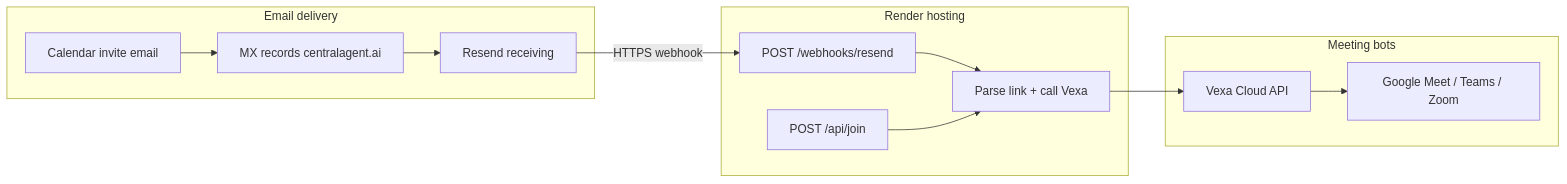
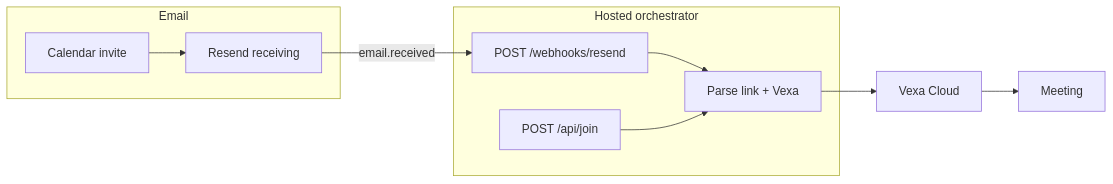
One commit to renfrrd-ai/central-agent-meeting-bot changed the second of 2 diagrams in docs/bot-email-and-deployment.md. Above: the diagram before and after it, drawn with Mermaid. The commit also changed other lines of this file and 2 other files, not shown here.

First line of the commit message:
Standardize Advanced Mode on Resend webhooks and flexible sender allowlist.

````diff
--- a/docs/bot-email-and-deployment.md
+++ b/docs/bot-email-and-deployment.md
@@ -106,24 +214,15 @@
 ```mermaid
 flowchart LR
-  subgraph mail [Email delivery]
-    Invite[Calendar invite email]
-    MX[MX records centralagent.ai]
-    Resend[Resend receiving]
-    Invite --> MX --> Resend
+  subgraph mail [Email]
+    Invite[Calendar invite] --> Resend[Resend receiving]
   end
-
-  subgraph hosting [Render hosting]
-    Webhook["POST /webhooks/resend"]
-    API["POST /api/join"]
-    JoinLogic[Parse link + call Vexa]
-    Resend -->|HTTPS webhook| Webhook
-    Webhook --> JoinLogic
-    API --> JoinLogic
+  subgraph host [Hosted orchestrator]
+    Webhook[POST /webhooks/resend]
+    API[POST /api/join]
+    Join[Parse link + Vexa]
+    Resend -->|email.received| Webhook
+    Webhook --> Join
+    API --> Join
   end
-
-  subgraph bots [Meeting bots]
-    Vexa[Vexa Cloud API]
-    Meet[Google Meet / Teams / Zoom]
-    JoinLogic --> Vexa --> Meet
-  end
+  Join --> Vexa[Vexa Cloud] --> Meet[Meeting]
 ```
````
